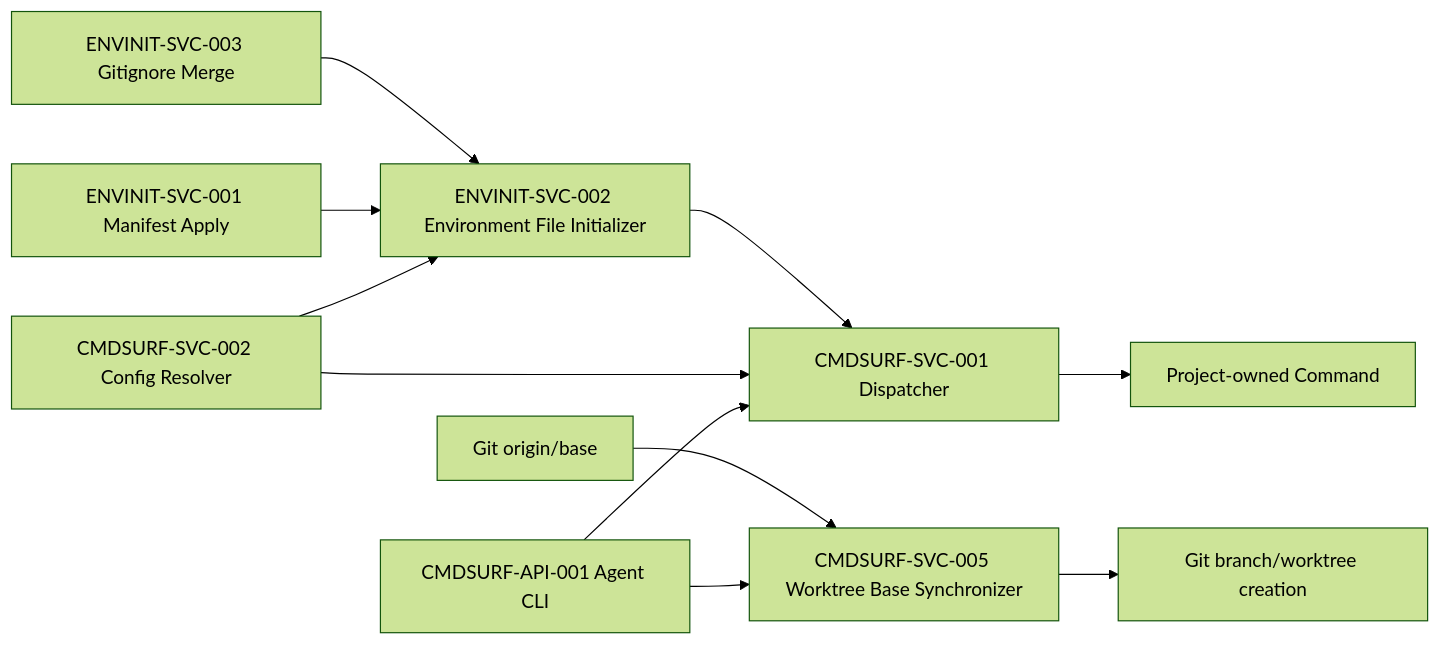
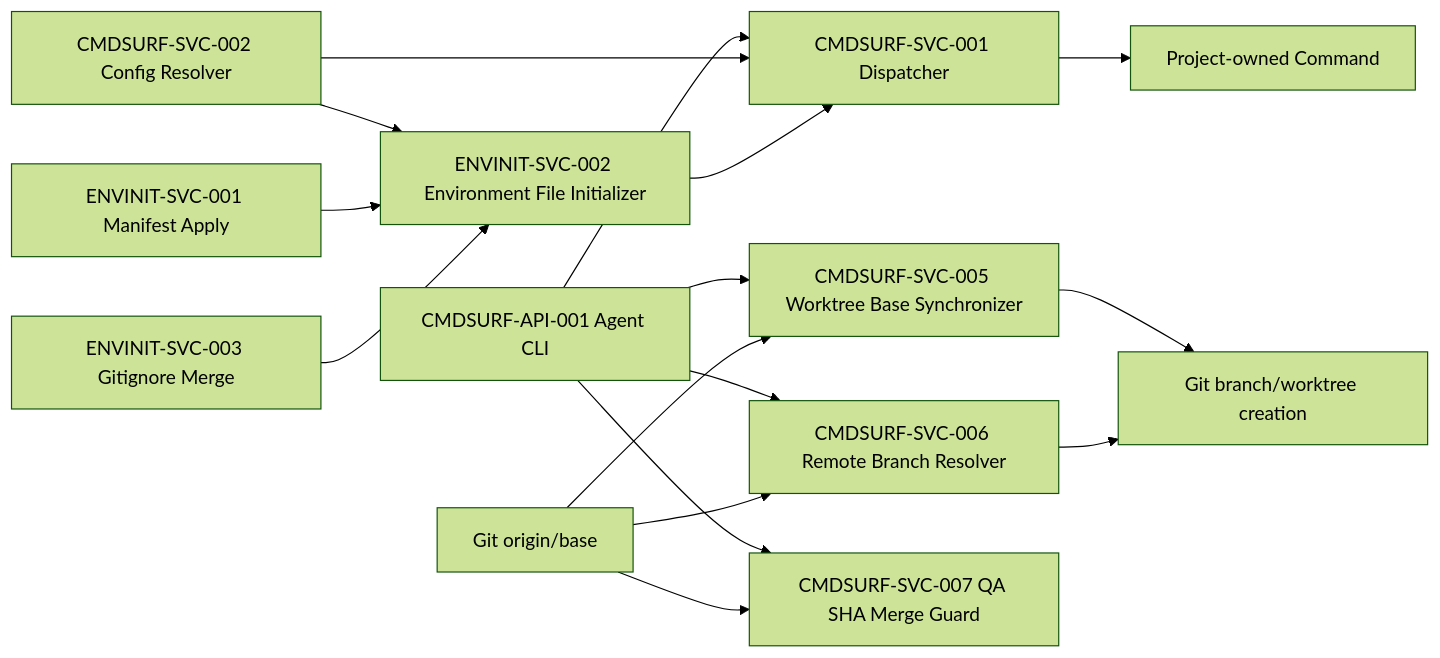
The diagram in docs/data/component-dependency-graph.md (hollisyao2024/PromptsEngineering), drawn with Mermaid (forest theme) before and after one commit. The commit also changed other lines of this file and 38 other files, not shown here.

````diff
--- a/docs/data/component-dependency-graph.md
+++ b/docs/data/component-dependency-graph.md
@@ -3,13 +3,18 @@
 ```mermaid
 flowchart LR
   API[CMDSURF-API-001 Agent CLI] --> D[CMDSURF-SVC-001 Dispatcher]
   C[CMDSURF-SVC-002 Config Resolver] --> D
   C --> I[CMDSURF-SVC-003 Container Directory Initializer]
   I --> D
   D --> P[Project-owned Command]
   API --> B[CMDSURF-SVC-005 Worktree Base Synchronizer]
   O[Git origin/base] --> B
   B --> W[Git branch/worktree creation]
+  API --> R[CMDSURF-SVC-006 Remote Branch Resolver]
+  O --> R
+  R --> W
+  API --> Q[CMDSURF-SVC-007 QA SHA Merge Guard]
+  O --> Q
   M[ENVINIT-SVC-001 Manifest Apply] --> I[ENVINIT-SVC-002 Environment File Initializer]
   G[ENVINIT-SVC-003 Gitignore Merge] --> I
 ```
````
